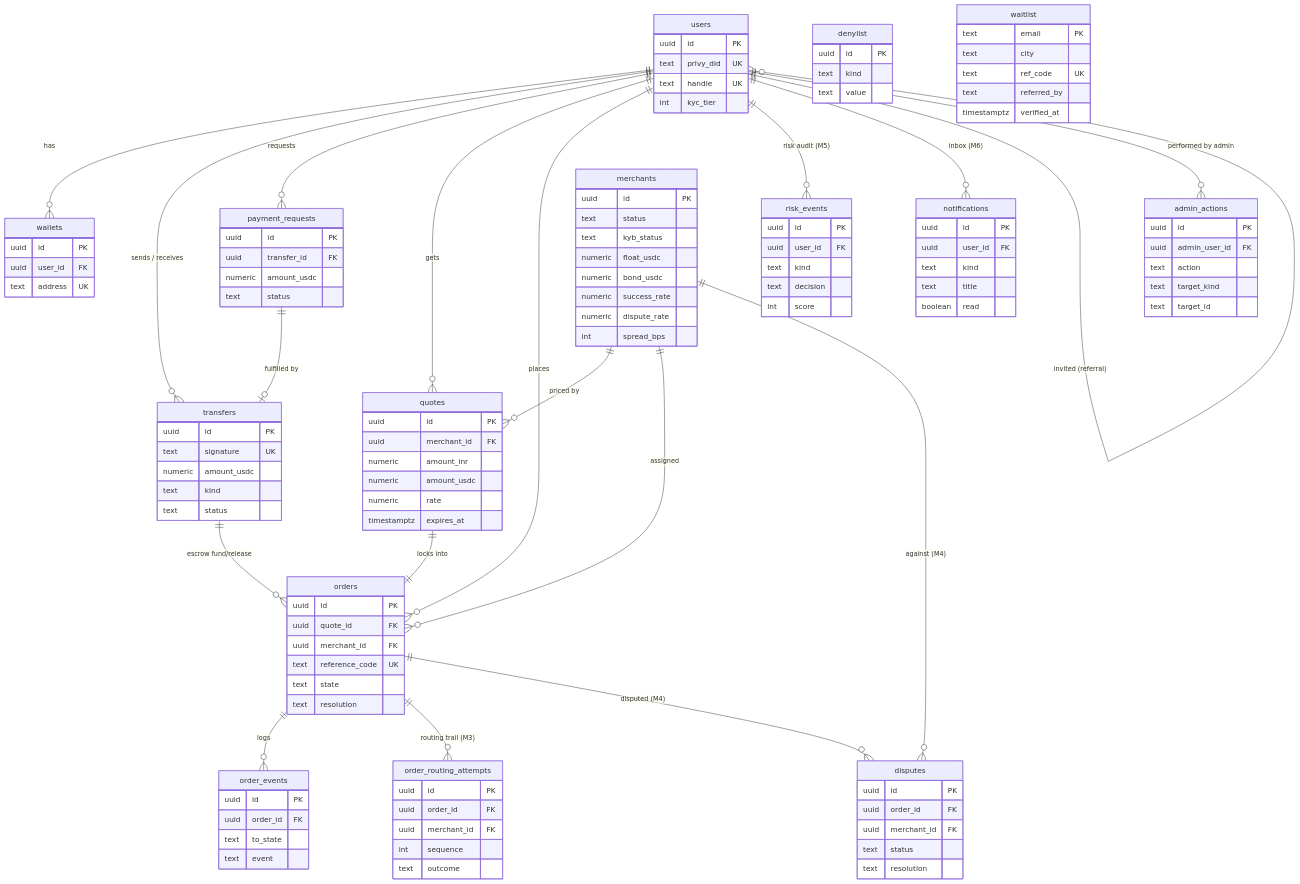
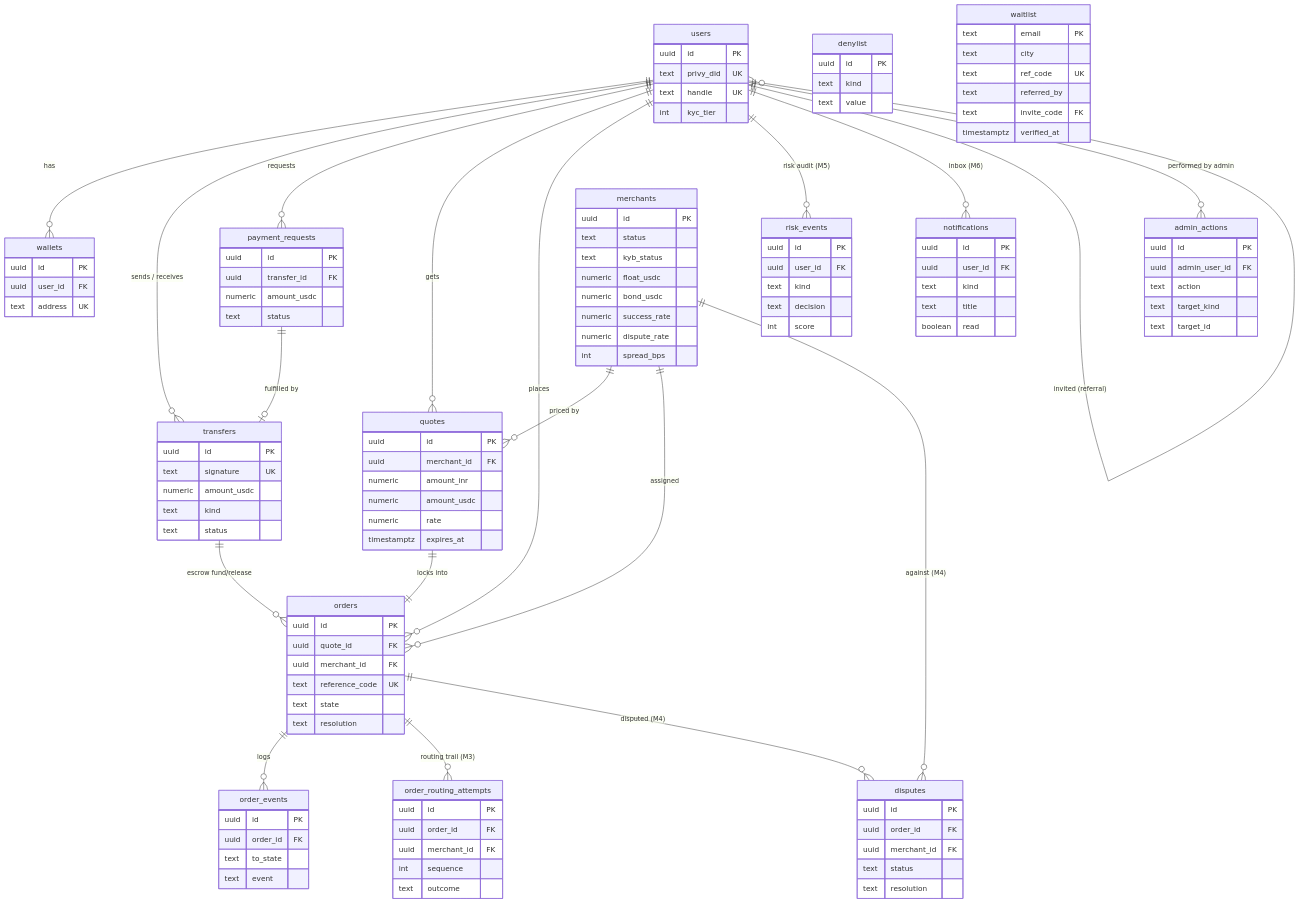
Before and after one commit to unabrijed/frenspay: the diagram in monorepo/docs/10-data-model.md, drawn with Mermaid. The commit also changed other lines of this file and 5 other files, not shown here.

````diff
--- a/monorepo/docs/10-data-model.md
+++ b/monorepo/docs/10-data-model.md
@@ -131,6 +131,7 @@
         text city
         text ref_code UK
         text referred_by
+        text invite_code FK
         timestamptz verified_at
     }
 ```
````
